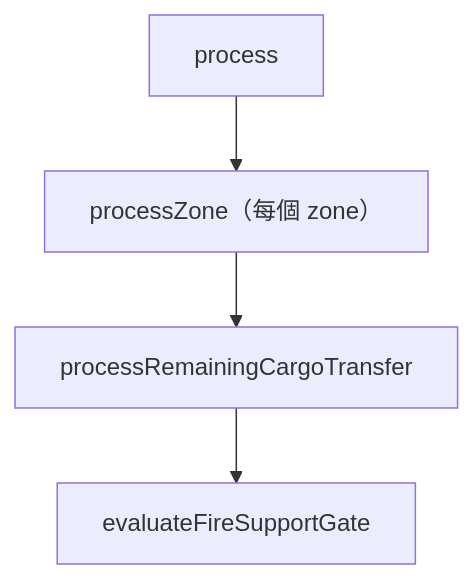
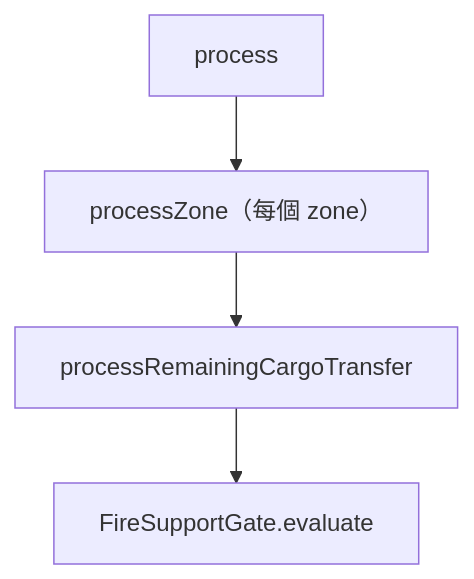
Before and after one commit to pullupjumper/formosa-in-flames: the first of 2 diagrams in docs/landingOps/coordinator.md, drawn with Mermaid. The commit also changed other lines of this file and 7 other files, not shown here.

First line of the commit message:
refactor(landingOps): extract fire support gate from coordinator

````diff
--- a/docs/landingOps/coordinator.md
+++ b/docs/landingOps/coordinator.md
@@ -19,9 +19,9 @@
 ```mermaid
 flowchart TD
     PROC["process"]
     ZONE["processZone（每個 zone）"]
     CARGO["processRemainingCargoTransfer"]
-    GATE["evaluateFireSupportGate"]
+    GATE["FireSupportGate.evaluate"]
 
     PROC --> ZONE --> CARGO --> GATE
 ```
````
